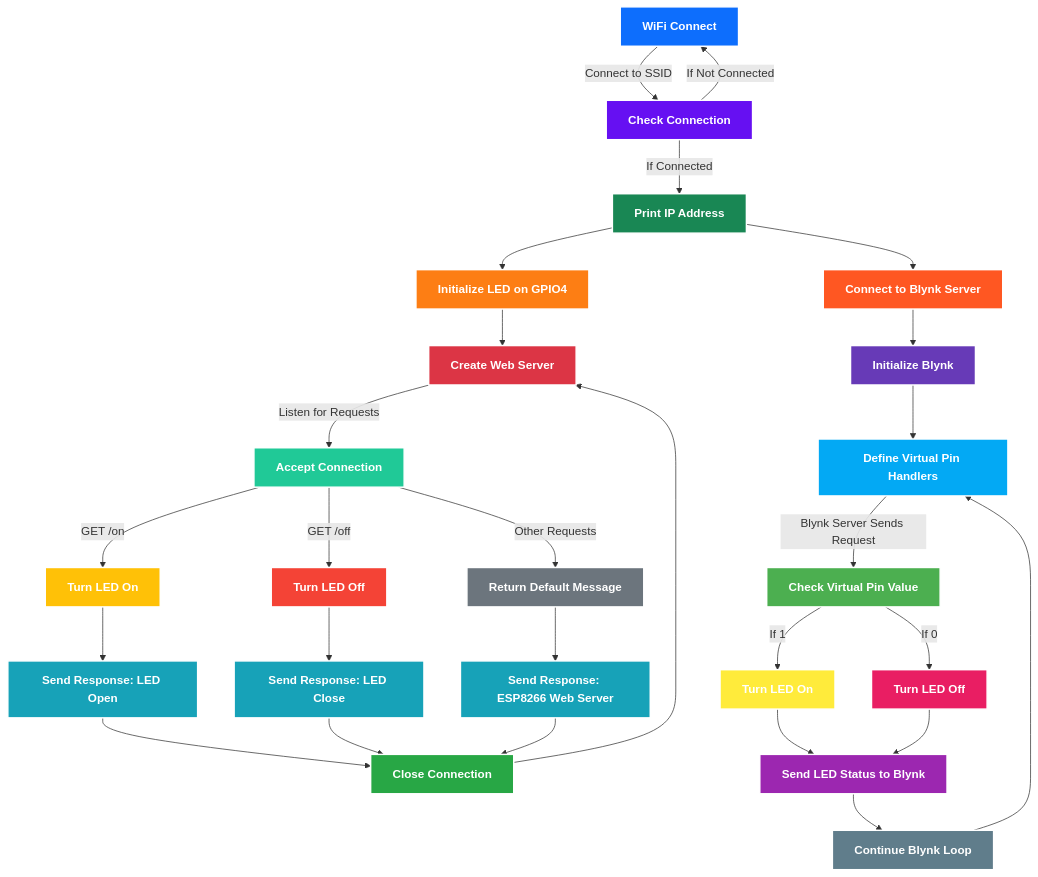
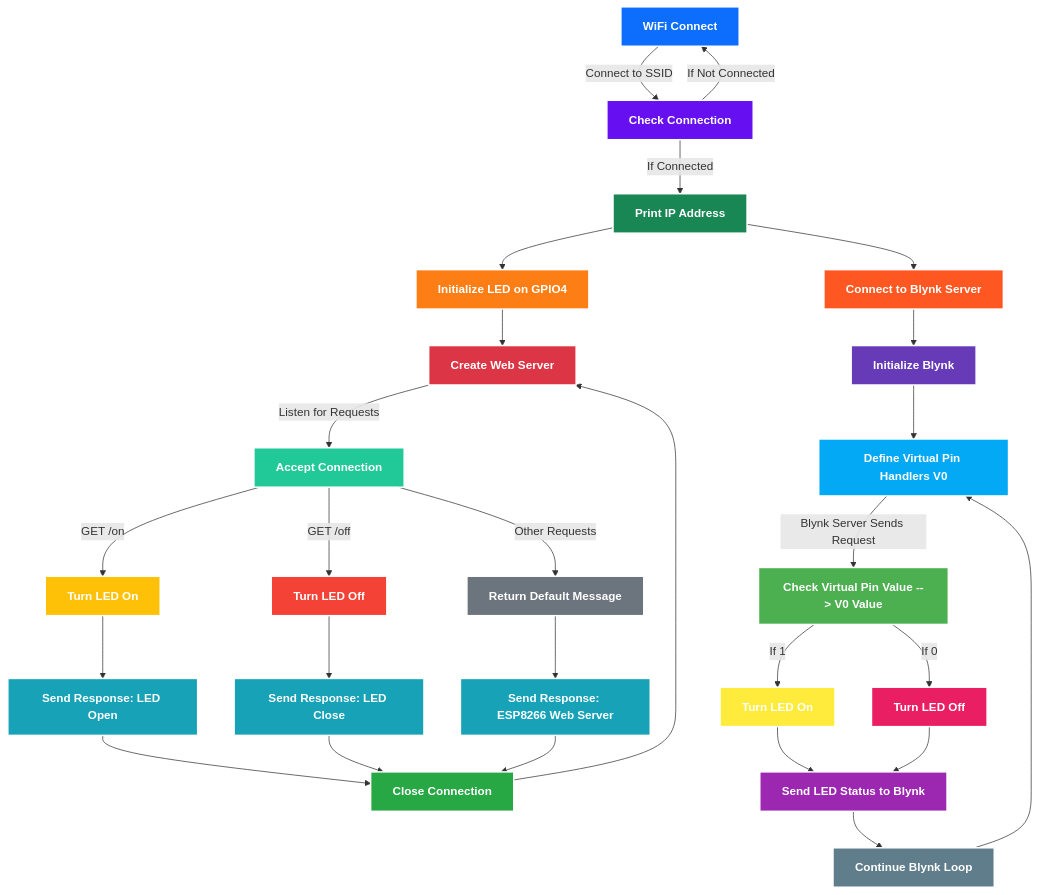
Before and after one commit to hasankadirdemircan/esp-8266-py-codes: the diagram in wifi-led-blynk/README.md, drawn with Mermaid.

````diff
--- a/wifi-led-blynk/README.md
+++ b/wifi-led-blynk/README.md
@@ -4,53 +4,53 @@
 ```mermaid
 graph TD;
     A[WiFi Connect] -->|Connect to SSID| B[Check Connection];
     B -->|If Connected| C[Print IP Address];
     B -->|If Not Connected| A;
     C --> D[Initialize LED on GPIO4];
     D --> E[Create Web Server];
     E -->|Listen for Requests| F[Accept Connection];
     F -->|GET /on| G[Turn LED On];
     F -->|GET /off| H[Turn LED Off];
     F -->|Other Requests| I[Return Default Message];
     G --> J[Send Response: LED Open];
     H --> K[Send Response: LED Close];
     I --> L[Send Response: ESP8266 Web Server];
     J --> M[Close Connection];
     K --> M;
     L --> M;
     M --> E;
 
     %% Blynk Integration %%
     C --> N[Connect to Blynk Server];
     N --> O[Initialize Blynk];
-    O --> P[Define Virtual Pin Handlers];
-    P -->|Blynk Server Sends Request| Q[Check Virtual Pin Value];
+    O --> P[Define Virtual Pin Handlers V0];
+    P -->|Blynk Server Sends Request| Q[Check Virtual Pin Value --> V0 Value];
     Q -->|If 1| R[Turn LED On];
     Q -->|If 0| S[Turn LED Off];
     R --> T[Send LED Status to Blynk];
     S --> T;
     T --> U[Continue Blynk Loop];
     U --> P;
 
     style A fill:#0d6efd,stroke:#ffffff,stroke-width:2px,color:#ffffff,font-weight:bold;
     style B fill:#6610f2,stroke:#ffffff,stroke-width:2px,color:#ffffff,font-weight:bold;
     style C fill:#198754,stroke:#ffffff,stroke-width:2px,color:#ffffff,font-weight:bold;
     style D fill:#fd7e14,stroke:#ffffff,stroke-width:2px,color:#ffffff,font-weight:bold;
     style E fill:#dc3545,stroke:#ffffff,stroke-width:2px,color:#ffffff,font-weight:bold;
     style F fill:#20c997,stroke:#ffffff,stroke-width:2px,color:#ffffff,font-weight:bold;
     style G fill:#ffc107,stroke:#ffffff,stroke-width:2px,color:#ffffff,font-weight:bold;
     style H fill:#f44336,stroke:#ffffff,stroke-width:2px,color:#ffffff,font-weight:bold;
     style I fill:#6c757d,stroke:#ffffff,stroke-width:2px,color:#ffffff,font-weight:bold;
     style J fill:#17a2b8,stroke:#ffffff,stroke-width:2px,color:#ffffff,font-weight:bold;
     style K fill:#17a2b8,stroke:#ffffff,stroke-width:2px,color:#ffffff,font-weight:bold;
     style L fill:#17a2b8,stroke:#ffffff,stroke-width:2px,color:#ffffff,font-weight:bold;
     style M fill:#28a745,stroke:#ffffff,stroke-width:2px,color:#ffffff,font-weight:bold;
     style N fill:#ff5722,stroke:#ffffff,stroke-width:2px,color:#ffffff,font-weight:bold;
     style O fill:#673ab7,stroke:#ffffff,stroke-width:2px,color:#ffffff,font-weight:bold;
     style P fill:#03a9f4,stroke:#ffffff,stroke-width:2px,color:#ffffff,font-weight:bold;
     style Q fill:#4caf50,stroke:#ffffff,stroke-width:2px,color:#ffffff,font-weight:bold;
     style R fill:#ffeb3b,stroke:#ffffff,stroke-width:2px,color:#ffffff,font-weight:bold;
     style S fill:#e91e63,stroke:#ffffff,stroke-width:2px,color:#ffffff,font-weight:bold;
     style T fill:#9c27b0,stroke:#ffffff,stroke-width:2px,color:#ffffff,font-weight:bold;
     style U fill:#607d8b,stroke:#ffffff,stroke-width:2px,color:#ffffff,font-weight:bold;
 ```
````
